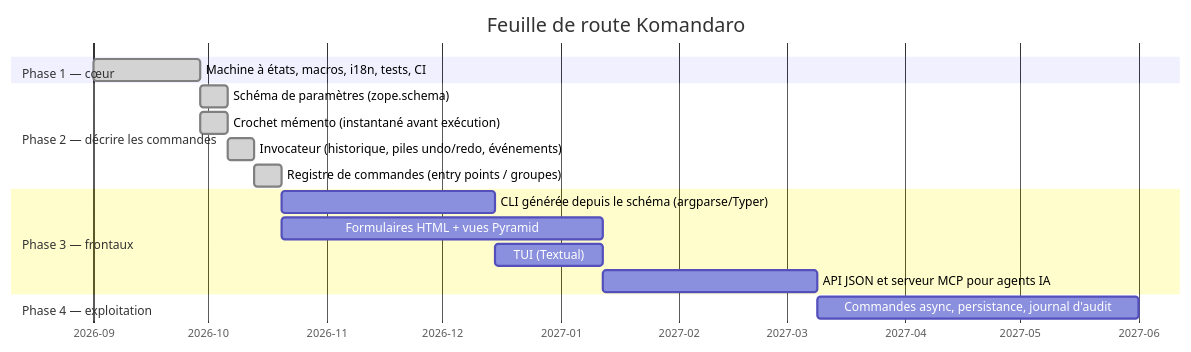
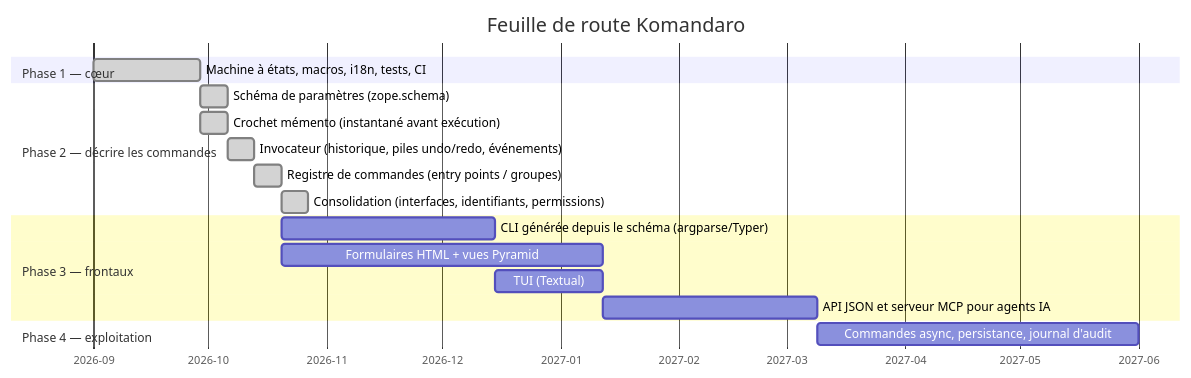
One commit to michaellaunay/komandaro changed the ninth of 9 diagrams in docs/fr/architecture.md. Above: the diagram before and after it, drawn with Mermaid. The commit also changed other lines of this file and 36 other files, not shown here.

Commit message:
refactor: consolidate phases 1 and 2 (interfaces, message ids, permissions)

````diff
--- a/docs/fr/architecture.md
+++ b/docs/fr/architecture.md
@@ -435,20 +502,21 @@
 ```mermaid
 gantt
     title Feuille de route Komandaro
     dateFormat  YYYY-MM
     axisFormat  %Y-%m
     section Phase 1 — cœur
     Machine à états, macros, i18n, tests, CI          :done, p1, 2026-09, 4w
     section Phase 2 — décrire les commandes
     Schéma de paramètres (zope.schema)                :done, p2a, after p1, 1w
     Crochet mémento (instantané avant exécution)      :done, p2b, after p1, 1w
     Invocateur (historique, piles undo/redo, événements) :done, p2c, after p2a, 1w
     Registre de commandes (entry points / groupes)    :done, p2d, after p2c, 1w
+    Consolidation (interfaces, identifiants, permissions) :done, p2e, after p2d, 1w
     section Phase 3 — frontaux
     CLI générée depuis le schéma (argparse/Typer)     :p3a, after p2d, 8w
     Formulaires HTML + vues Pyramid                   :p3b, after p2d, 12w
     TUI (Textual)                                     :p3c, after p3a, 4w
     API JSON et serveur MCP pour agents IA            :p3d, after p3b, 8w
     section Phase 4 — exploitation
     Commandes async, persistance, journal d'audit     :p4, after p3d, 12w
 ```
````
